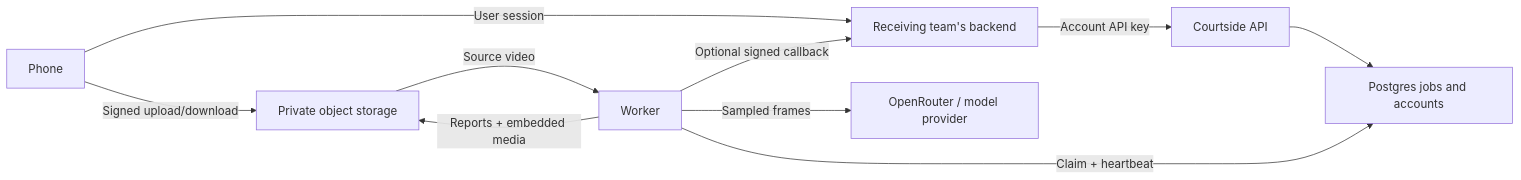
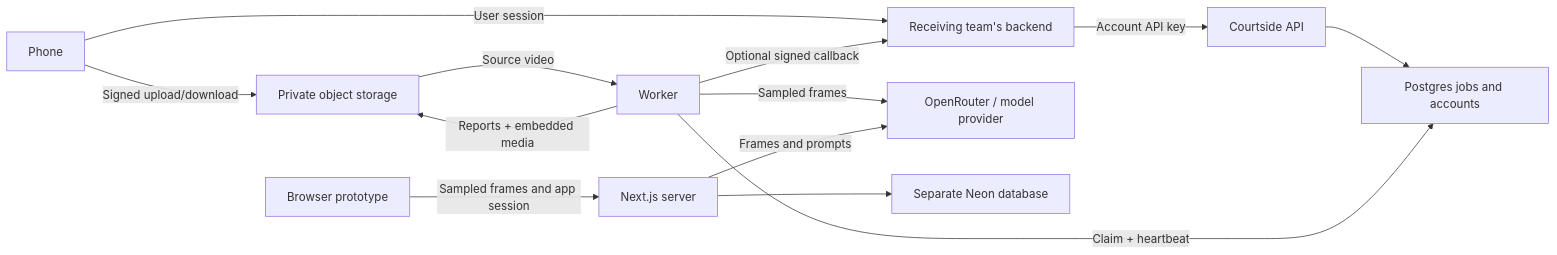
One commit to zd87pl/courtside changed the diagram in HANDOFF.md. Above: the diagram before and after it, drawn with Mermaid. The commit also changed other lines of this file and 52 other files, not shown here.

First line of the commit message:
Add handover safeguards for API, worker, and browser prototype

````diff
--- a/HANDOFF.md
+++ b/HANDOFF.md
@@ -30,12 +43,15 @@
 ```mermaid
 flowchart LR
   Phone -->|User session| Backend[Receiving team's backend]
   Backend -->|Account API key| API[Courtside API]
   Phone -->|Signed upload/download| Bucket[Private object storage]
   API --> DB[Postgres jobs and accounts]
   Worker -->|Claim + heartbeat| DB
   Bucket -->|Source video| Worker
   Worker -->|Sampled frames| Provider[OpenRouter / model provider]
   Worker -->|Reports + embedded media| Bucket
   Worker -->|Optional signed callback| Backend
+  Browser[Browser prototype] -->|Sampled frames and app session| Cloud[Next.js server]
+  Cloud --> Neon[Separate Neon database]
+  Cloud -->|Frames and prompts| Provider
 ```
````
